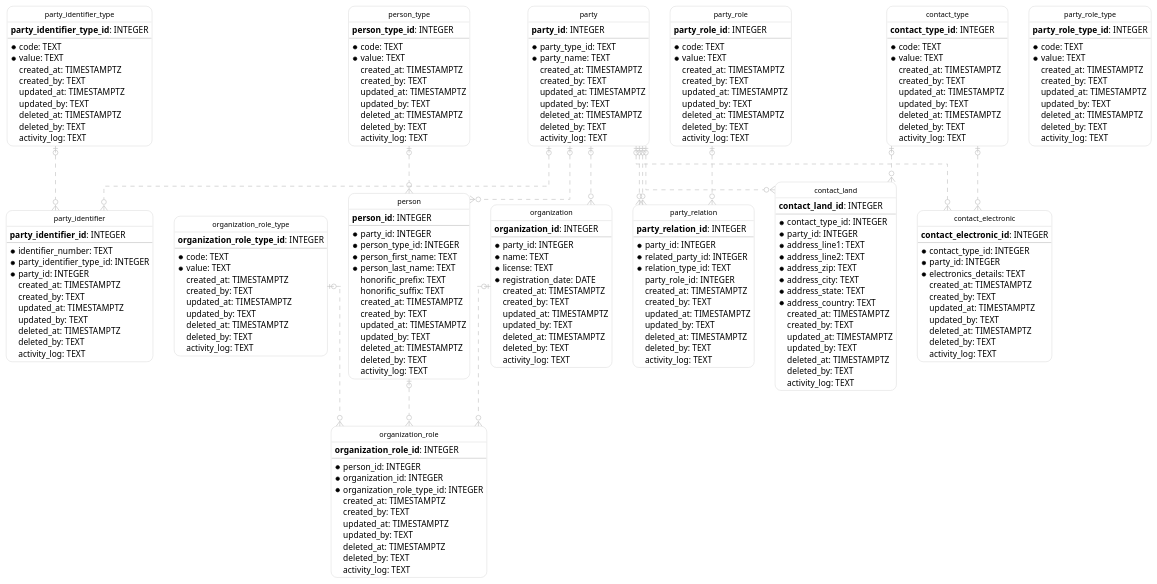
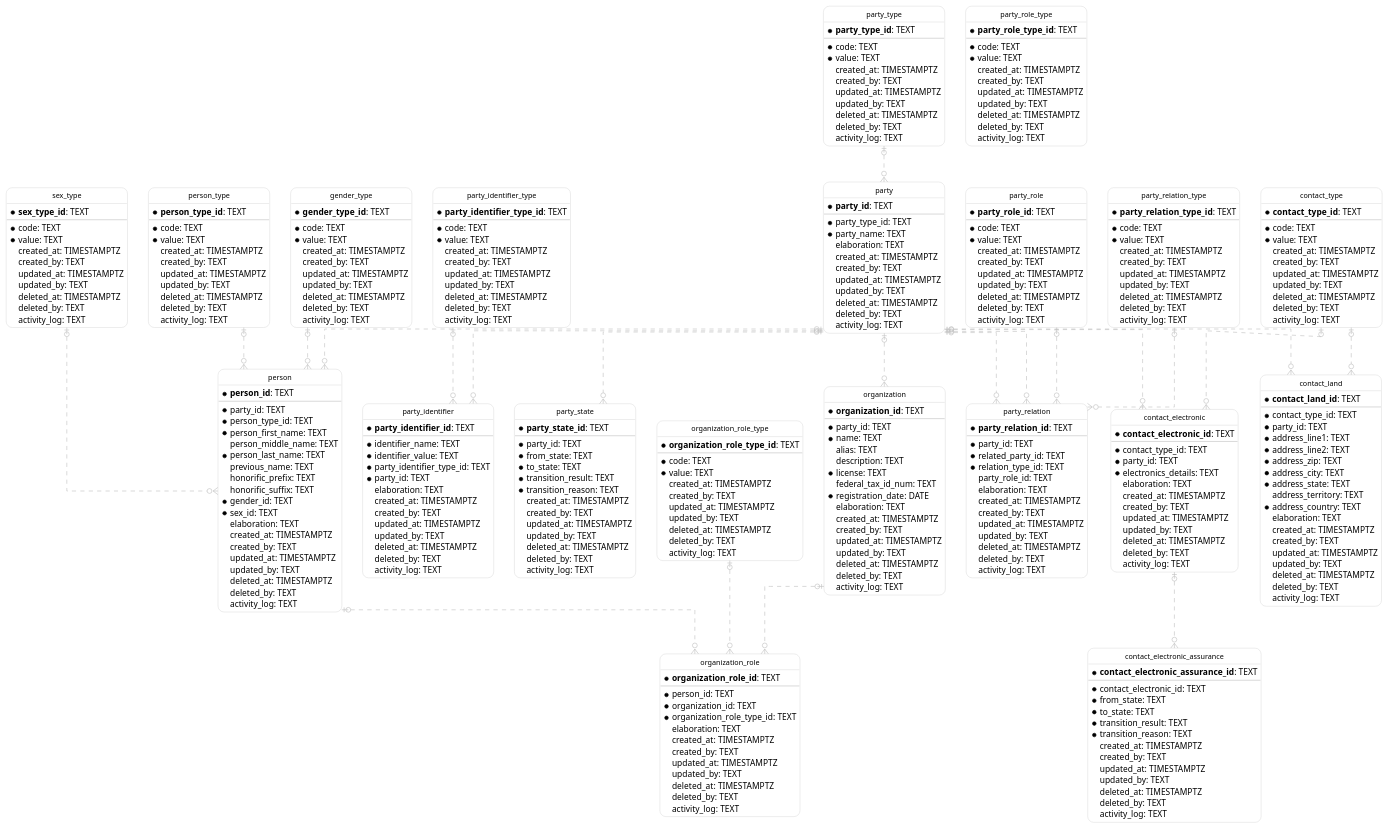
One commit to netspective-labs/sql-aide changed the diagram in pattern/udm/models_test.fixture.puml. Above: the diagram before and after it, drawn with PlantUML. The commit also changed 17 other files, not shown here.

```diff
--- a/pattern/udm/models_test.fixture.puml
+++ b/pattern/udm/models_test.fixture.puml
@@ -10,8 +10,36 @@
     FontSize 12
   }
 
+  entity "party_type" as party_type {
+    * **party_type_id**: TEXT
+    --
+    * code: TEXT
+    * value: TEXT
+      created_at: TIMESTAMPTZ
+      created_by: TEXT
+      updated_at: TIMESTAMPTZ
+      updated_by: TEXT
+      deleted_at: TIMESTAMPTZ
+      deleted_by: TEXT
+      activity_log: TEXT
+  }
+
+  entity "party_relation_type" as party_relation_type {
+    * **party_relation_type_id**: TEXT
+    --
+    * code: TEXT
+    * value: TEXT
+      created_at: TIMESTAMPTZ
+      created_by: TEXT
+      updated_at: TIMESTAMPTZ
+      updated_by: TEXT
+      deleted_at: TIMESTAMPTZ
+      deleted_by: TEXT
+      activity_log: TEXT
+  }
+
   entity "organization_role_type" as organization_role_type {
-      **organization_role_type_id**: INTEGER
+    * **organization_role_type_id**: TEXT
     --
     * code: TEXT
     * value: TEXT
@@ -25,7 +53,7 @@
   }
 
   entity "party_role" as party_role {
-      **party_role_id**: INTEGER
+    * **party_role_id**: TEXT
     --
     * code: TEXT
     * value: TEXT
@@ -39,7 +67,7 @@
   }
 
   entity "party_identifier_type" as party_identifier_type {
-      **party_identifier_type_id**: INTEGER
+    * **party_identifier_type_id**: TEXT
     --
     * code: TEXT
     * value: TEXT
@@ -53,7 +81,7 @@
   }
 
   entity "contact_type" as contact_type {
-      **contact_type_id**: INTEGER
+    * **contact_type_id**: TEXT
     --
     * code: TEXT
     * value: TEXT
@@ -67,10 +95,28 @@
   }
 
   entity "party" as party {
-      **party_id**: INTEGER
+    * **party_id**: TEXT
     --
     * party_type_id: TEXT
     * party_name: TEXT
+      elaboration: TEXT
+      created_at: TIMESTAMPTZ
+      created_by: TEXT
+      updated_at: TIMESTAMPTZ
+      updated_by: TEXT
+      deleted_at: TIMESTAMPTZ
+      deleted_by: TEXT
+      activity_log: TEXT
+  }
+
+  entity "party_state" as party_state {
+    * **party_state_id**: TEXT
+    --
+    * party_id: TEXT
+    * from_state: TEXT
+    * to_state: TEXT
+    * transition_result: TEXT
+    * transition_reason: TEXT
       created_at: TIMESTAMPTZ
       created_by: TEXT
       updated_at: TIMESTAMPTZ
@@ -81,11 +127,13 @@
   }
 
   entity "party_identifier" as party_identifier {
-      **party_identifier_id**: INTEGER
+    * **party_identifier_id**: TEXT
     --
-    * identifier_number: TEXT
-    * party_identifier_type_id: INTEGER
-    * party_id: INTEGER
+    * identifier_name: TEXT
+    * identifier_value: TEXT
+    * party_identifier_type_id: TEXT
+    * party_id: TEXT
+      elaboration: TEXT
       created_at: TIMESTAMPTZ
       created_by: TEXT
       updated_at: TIMESTAMPTZ
@@ -96,14 +144,19 @@
   }
 
   entity "person" as person {
-      **person_id**: INTEGER
+    * **person_id**: TEXT
     --
-    * party_id: INTEGER
-    * person_type_id: INTEGER
+    * party_id: TEXT
+    * person_type_id: TEXT
     * person_first_name: TEXT
+      person_middle_name: TEXT
     * person_last_name: TEXT
+      previous_name: TEXT
       honorific_prefix: TEXT
       honorific_suffix: TEXT
+    * gender_id: TEXT
+    * sex_id: TEXT
+      elaboration: TEXT
       created_at: TIMESTAMPTZ
       created_by: TEXT
       updated_at: TIMESTAMPTZ
@@ -114,12 +167,13 @@
   }
 
   entity "party_relation" as party_relation {
-      **party_relation_id**: INTEGER
+    * **party_relation_id**: TEXT
     --
-    * party_id: INTEGER
-    * related_party_id: INTEGER
+    * party_id: TEXT
+    * related_party_id: TEXT
     * relation_type_id: TEXT
-      party_role_id: INTEGER
+      party_role_id: TEXT
+      elaboration: TEXT
       created_at: TIMESTAMPTZ
       created_by: TEXT
       updated_at: TIMESTAMPTZ
@@ -130,12 +184,16 @@
   }
 
   entity "organization" as organization {
-      **organization_id**: INTEGER
+    * **organization_id**: TEXT
     --
-    * party_id: INTEGER
+    * party_id: TEXT
     * name: TEXT
+      alias: TEXT
+      description: TEXT
     * license: TEXT
+      federal_tax_id_num: TEXT
     * registration_date: DATE
+      elaboration: TEXT
       created_at: TIMESTAMPTZ
       created_by: TEXT
       updated_at: TIMESTAMPTZ
@@ -146,11 +204,12 @@
   }
 
   entity "organization_role" as organization_role {
-      **organization_role_id**: INTEGER
+    * **organization_role_id**: TEXT
     --
-    * person_id: INTEGER
-    * organization_id: INTEGER
-    * organization_role_type_id: INTEGER
+    * person_id: TEXT
+    * organization_id: TEXT
+    * organization_role_type_id: TEXT
+      elaboration: TEXT
       created_at: TIMESTAMPTZ
       created_by: TEXT
       updated_at: TIMESTAMPTZ
@@ -161,11 +220,29 @@
   }
 
   entity "contact_electronic" as contact_electronic {
-      **contact_electronic_id**: INTEGER
+    * **contact_electronic_id**: TEXT
     --
-    * contact_type_id: INTEGER
-    * party_id: INTEGER
+    * contact_type_id: TEXT
+    * party_id: TEXT
     * electronics_details: TEXT
+      elaboration: TEXT
+      created_at: TIMESTAMPTZ
+      created_by: TEXT
+      updated_at: TIMESTAMPTZ
+      updated_by: TEXT
+      deleted_at: TIMESTAMPTZ
+      deleted_by: TEXT
+      activity_log: TEXT
+  }
+
+  entity "contact_electronic_assurance" as contact_electronic_assurance {
+    * **contact_electronic_assurance_id**: TEXT
+    --
+    * contact_electronic_id: TEXT
+    * from_state: TEXT
+    * to_state: TEXT
+    * transition_result: TEXT
+    * transition_reason: TEXT
       created_at: TIMESTAMPTZ
       created_by: TEXT
       updated_at: TIMESTAMPTZ
@@ -176,16 +253,18 @@
   }
 
   entity "contact_land" as contact_land {
-      **contact_land_id**: INTEGER
+    * **contact_land_id**: TEXT
     --
-    * contact_type_id: INTEGER
-    * party_id: INTEGER
+    * contact_type_id: TEXT
+    * party_id: TEXT
     * address_line1: TEXT
     * address_line2: TEXT
     * address_zip: TEXT
     * address_city: TEXT
     * address_state: TEXT
+      address_territory: TEXT
     * address_country: TEXT
+      elaboration: TEXT
       created_at: TIMESTAMPTZ
       created_by: TEXT
       updated_at: TIMESTAMPTZ
@@ -196,7 +275,7 @@
   }
 
   entity "person_type" as person_type {
-      **person_type_id**: INTEGER
+    * **person_type_id**: TEXT
     --
     * code: TEXT
     * value: TEXT
@@ -210,7 +289,7 @@
   }
 
   entity "party_role_type" as party_role_type {
-      **party_role_type_id**: INTEGER
+    * **party_role_type_id**: TEXT
     --
     * code: TEXT
     * value: TEXT
@@ -223,12 +302,45 @@
       activity_log: TEXT
   }
 
+  entity "gender_type" as gender_type {
+    * **gender_type_id**: TEXT
+    --
+    * code: TEXT
+    * value: TEXT
+      created_at: TIMESTAMPTZ
+      created_by: TEXT
+      updated_at: TIMESTAMPTZ
+      updated_by: TEXT
+      deleted_at: TIMESTAMPTZ
+      deleted_by: TEXT
+      activity_log: TEXT
+  }
+
+  entity "sex_type" as sex_type {
+    * **sex_type_id**: TEXT
+    --
+    * code: TEXT
+    * value: TEXT
+      created_at: TIMESTAMPTZ
+      created_by: TEXT
+      updated_at: TIMESTAMPTZ
+      updated_by: TEXT
+      deleted_at: TIMESTAMPTZ
+      deleted_by: TEXT
+      activity_log: TEXT
+  }
+
+  party_type |o..o{ party
+  party |o..o{ party_state
   party_identifier_type |o..o{ party_identifier
   party |o..o{ party_identifier
   party |o..o{ person
   person_type |o..o{ person
+  gender_type |o..o{ person
+  sex_type |o..o{ person
   party |o..o{ party_relation
   party |o..o{ party_relation
+  party_relation_type |o..o{ party_relation
   party_role |o..o{ party_relation
   party |o..o{ organization
   person |o..o{ organization_role
@@ -236,6 +348,7 @@
   organization_role_type |o..o{ organization_role
   contact_type |o..o{ contact_electronic
   party |o..o{ contact_electronic
+  contact_electronic |o..o{ contact_electronic_assurance
   contact_type |o..o{ contact_land
   party |o..o{ contact_land
 @enduml
```
